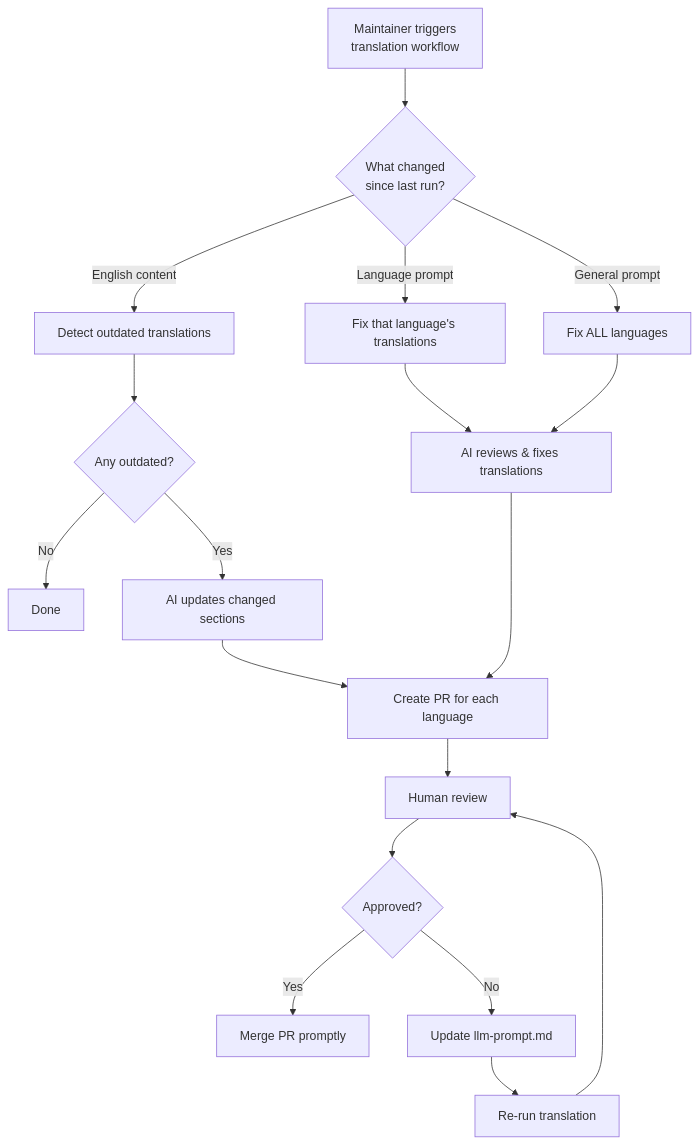
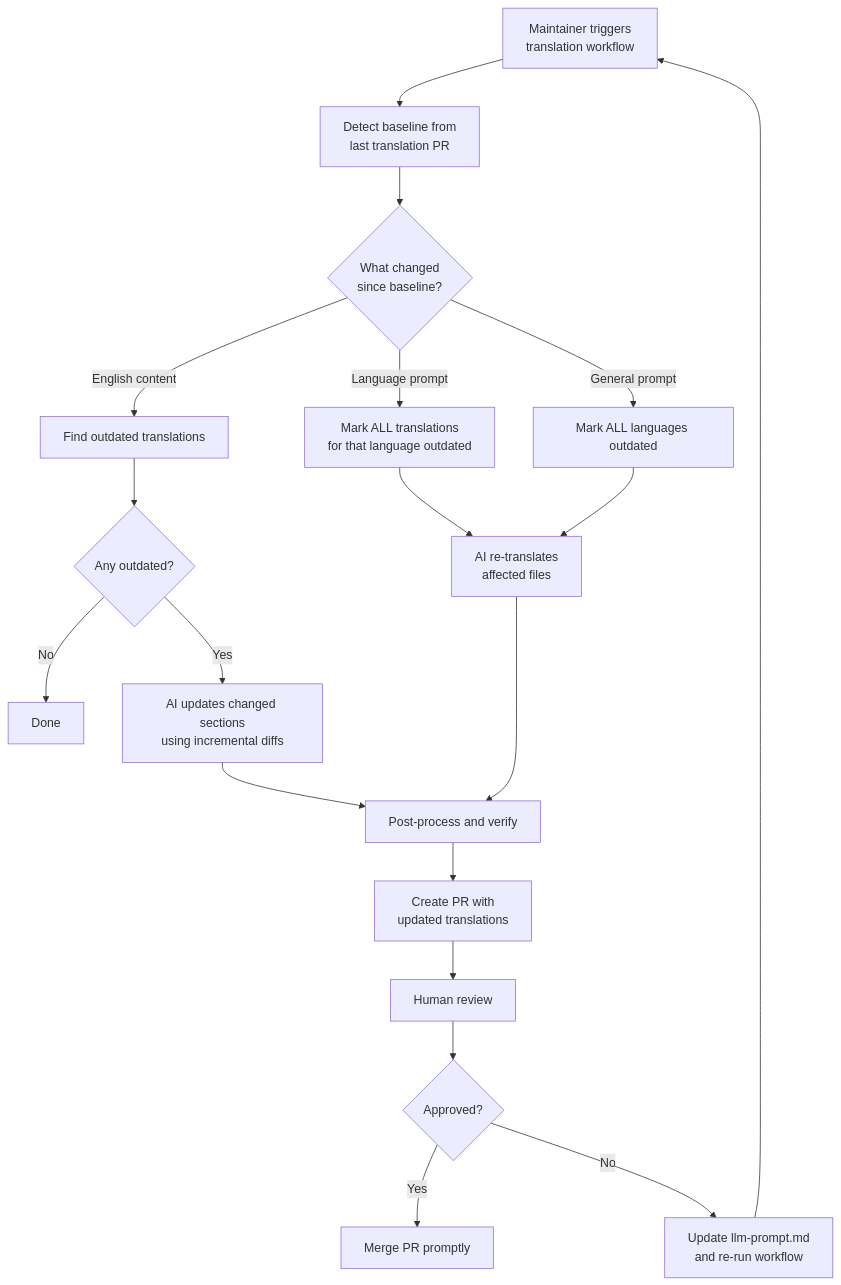
The second of 3 diagrams in TRANSLATING.md (GrootJ/nextflow_training), drawn with Mermaid before and after one commit. The commit also changed other lines of this file, not shown here.

Commit message:
Fix TRANSLATING.md diagrams and text to reflect actual workflow (#909)

````diff
--- a/TRANSLATING.md
+++ b/TRANSLATING.md
@@ -158,20 +160,21 @@
 ```mermaid
 flowchart TD
-    A[Maintainer triggers<br>translation workflow] --> B{What changed<br>since last run?}
-    B -->|English content| C[Detect outdated translations]
-    B -->|Language prompt| D[Fix that language's translations]
-    B -->|General prompt| E[Fix ALL languages]
-    C --> F{Any outdated?}
-    F -->|No| G[Done]
-    F -->|Yes| H[AI updates changed sections]
-    D --> I[AI reviews & fixes translations]
-    E --> I
-    H --> J[Create PR for each language]
-    I --> J
-    J --> K[Human review]
-    K --> L{Approved?}
-    L -->|Yes| M[Merge PR promptly]
-    L -->|No| N[Update llm-prompt.md]
-    N --> O[Re-run translation]
-    O --> K
+    A[Maintainer triggers<br>translation workflow] --> B[Detect baseline from<br>last translation PR]
+    B --> C{What changed<br>since baseline?}
+    C -->|English content| D[Find outdated translations]
+    C -->|Language prompt| E[Mark ALL translations<br>for that language outdated]
+    C -->|General prompt| F[Mark ALL languages outdated]
+    D --> G{Any outdated?}
+    G -->|No| H[Done]
+    G -->|Yes| I[AI updates changed sections<br>using incremental diffs]
+    E --> J[AI re-translates<br>affected files]
+    F --> J
+    I --> K[Post-process and verify]
+    J --> K
+    K --> L[Create PR with<br>updated translations]
+    L --> M[Human review]
+    M --> N{Approved?}
+    N -->|Yes| O[Merge PR promptly]
+    N -->|No| P[Update llm-prompt.md<br>and re-run workflow]
+    P --> A
 ```
````
